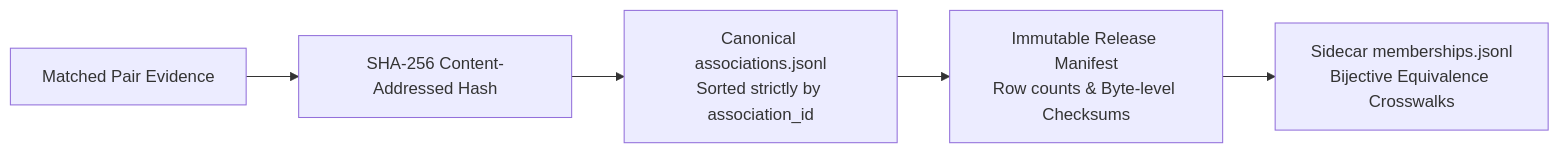
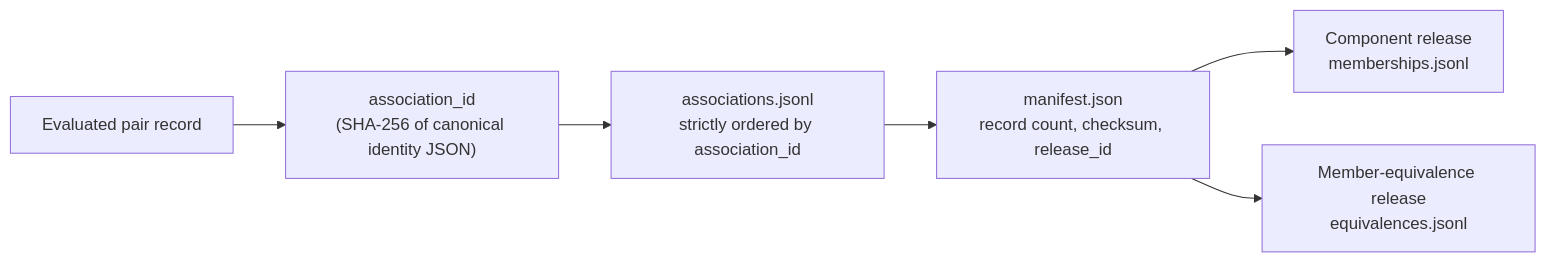
One commit to astroai/xmatcher changed the fifth of 5 diagrams in docs/algorithms.md. Above: the diagram before and after it, drawn with Mermaid. The commit also changed other lines of this file and 14 other files, not shown here.

````diff
--- a/docs/algorithms.md
+++ b/docs/algorithms.md
@@ -550,7 +424,8 @@
 ```mermaid
 flowchart LR
-    A["Matched Pair Evidence"] --> B["SHA-256 Content-Addressed Hash"]
-    B --> C["Canonical associations.jsonl<br/>Sorted strictly by association_id"]
-    C --> D["Immutable Release Manifest<br/>Row counts & Byte-level Checksums"]
-    D --> E["Sidecar memberships.jsonl<br/>Bijective Equivalence Crosswalks"]
+    A["Evaluated pair record"] --> B["association_id<br/>(SHA-256 of canonical identity JSON)"]
+    B --> C["associations.jsonl<br/>strictly ordered by association_id"]
+    C --> D["manifest.json<br/>record count, checksum, release_id"]
+    D --> E["Component release<br/>memberships.jsonl"]
+    D --> F["Member-equivalence release<br/>equivalences.jsonl"]
 ```
````
